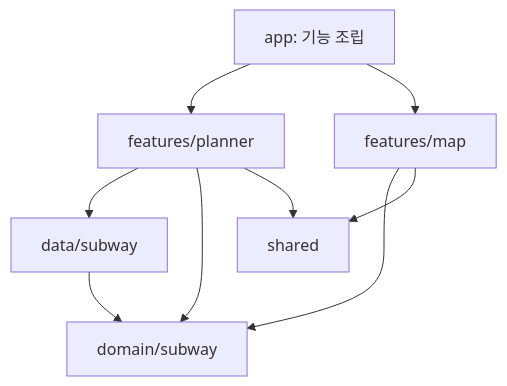
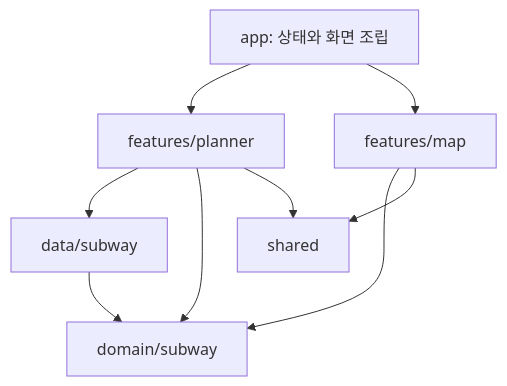
The diagram in docs/ARCHITECTURE.md (MinsangKwak/subway-midpoint), drawn with Mermaid before and after one commit. The commit also changed other lines of this file and 10 other files, not shown here.

````diff
--- a/docs/ARCHITECTURE.md
+++ b/docs/ARCHITECTURE.md
@@ -48,11 +20,11 @@
 ```mermaid
 flowchart TD
-    App["app: 기능 조립"] --> Planner["features/planner"]
-    App --> Map["features/map"]
-    Planner --> Data["data/subway"]
-    Planner --> Domain["domain/subway"]
-    Planner --> Shared["shared"]
-    Map --> Domain
-    Map --> Shared
-    Data --> Domain
+    A["app: 상태와 화면 조립"] --> P["features/planner"]
+    A --> M["features/map"]
+    P --> D["data/subway"]
+    P --> C["domain/subway"]
+    P --> S["shared"]
+    M --> C
+    M --> S
+    D --> C
 ```
````
